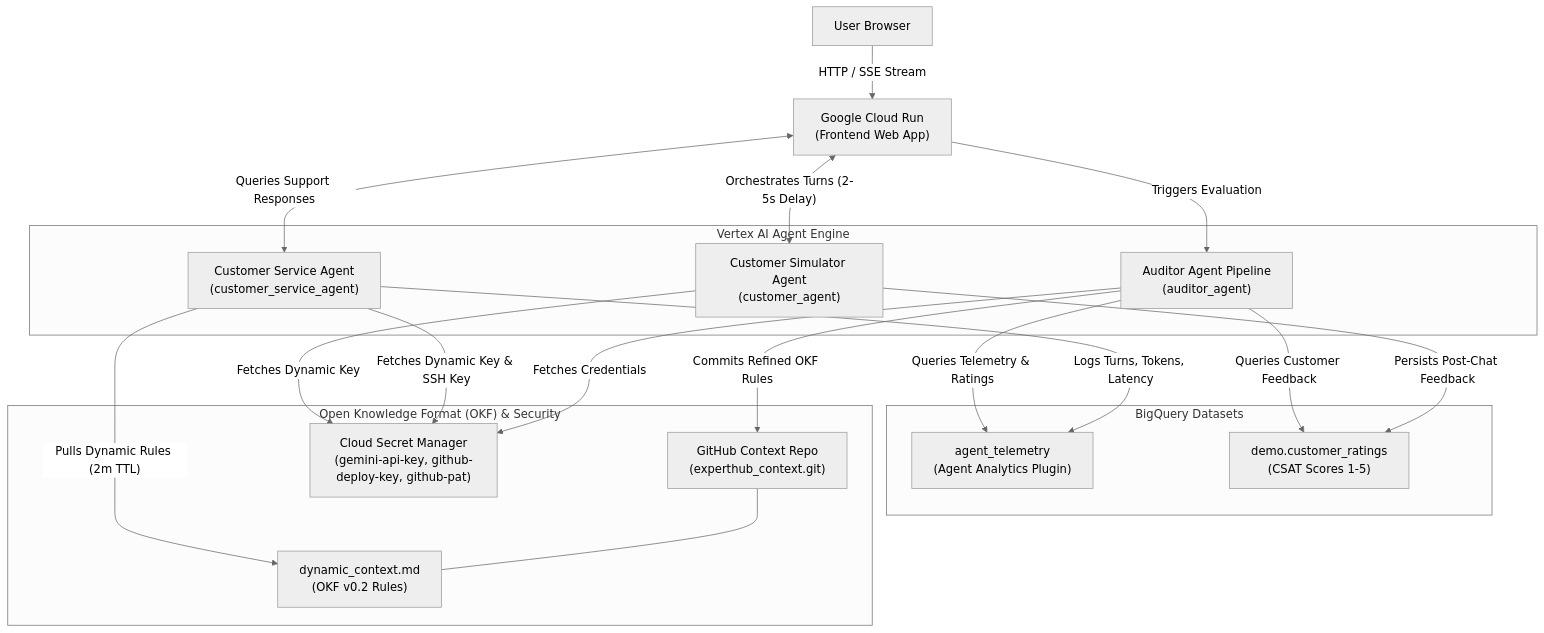
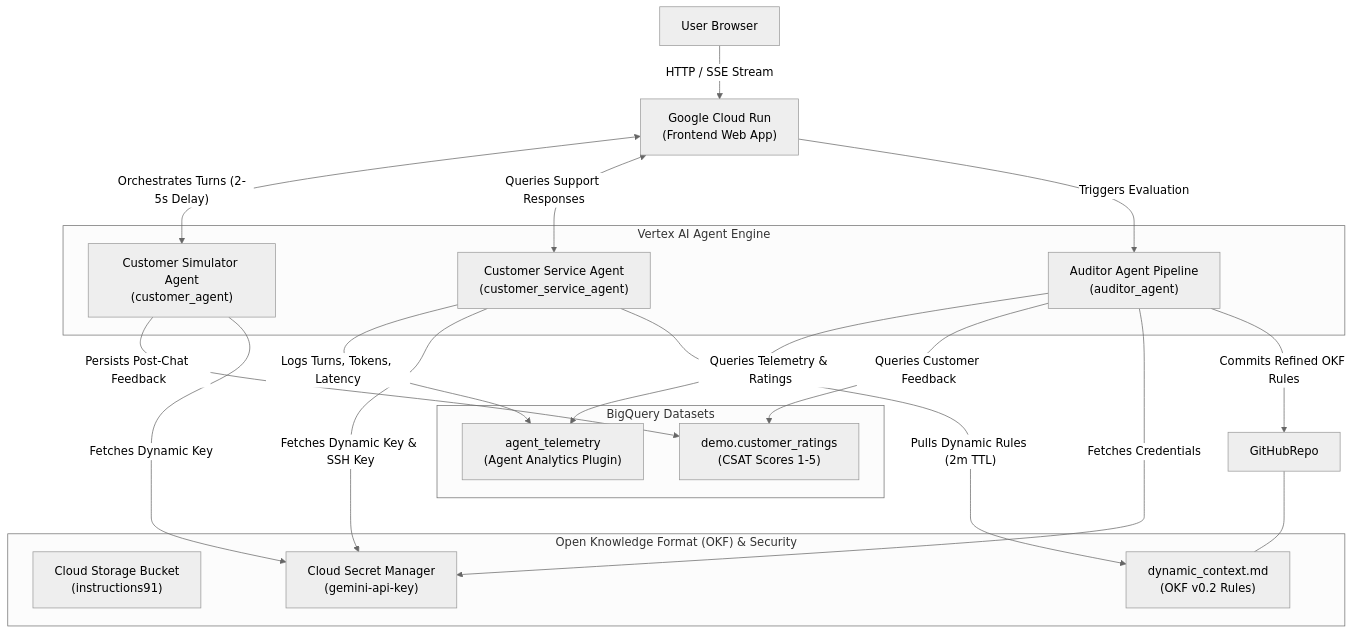
The diagram in README.md (gshilo/experthub), drawn with Mermaid (neutral theme) before and after one commit. The commit also changed other lines of this file and 12 other files, not shown here.

Commit message:
feat: migrate OKF dynamic context from GitHub to GCS bucket instructions91

````diff
--- a/README.md
+++ b/README.md
@@ -12,38 +12,38 @@
 ```mermaid
 flowchart TD
     User["User Browser"] -->|"HTTP / SSE Stream"| CloudRun["Google Cloud Run<br/>(Frontend Web App)"]
     
     subgraph VertexAI["Vertex AI Agent Engine"]
         CustAgent["Customer Simulator Agent<br/>(customer_agent)"]
         CSAgent["Customer Service Agent<br/>(customer_service_agent)"]
         AudAgent["Auditor Agent Pipeline<br/>(auditor_agent)"]
     end
 
     subgraph Observability["BigQuery Datasets"]
         BQTele["agent_telemetry<br/>(Agent Analytics Plugin)"]
         BQRatings["demo.customer_ratings<br/>(CSAT Scores 1-5)"]
     end
 
     subgraph Knowledge["Open Knowledge Format (OKF) & Security"]
-        GitHubRepo["GitHub Context Repo<br/>(experthub_context.git)"]
+        GCSBucket["Cloud Storage Bucket<br/>(instructions91)"]
         OKFFile["dynamic_context.md<br/>(OKF v0.2 Rules)"]
-        SecretMgr["Cloud Secret Manager<br/>(gemini-api-key, github-deploy-key, github-pat)"]
+        SecretMgr["Cloud Secret Manager<br/>(gemini-api-key)"]
     end
 
     CloudRun <-->|"Orchestrates Turns (2-5s Delay)"| CustAgent
     CloudRun <-->|"Queries Support Responses"| CSAgent
     CloudRun -->|"Triggers Evaluation"| AudAgent
 
     CSAgent -->|"Logs Turns, Tokens, Latency"| BQTele
     CustAgent -->|"Persists Post-Chat Feedback"| BQRatings
 
     AudAgent -->|"Queries Telemetry & Ratings"| BQTele
     AudAgent -->|"Queries Customer Feedback"| BQRatings
     AudAgent -->|"Fetches Credentials"| SecretMgr
     AudAgent -->|"Commits Refined OKF Rules"| GitHubRepo
     GitHubRepo --- OKFFile
 
     CSAgent -->|"Fetches Dynamic Key & SSH Key"| SecretMgr
     CustAgent -->|"Fetches Dynamic Key"| SecretMgr
     CSAgent -->|"Pulls Dynamic Rules (2m TTL)"| OKFFile
 ```
````
